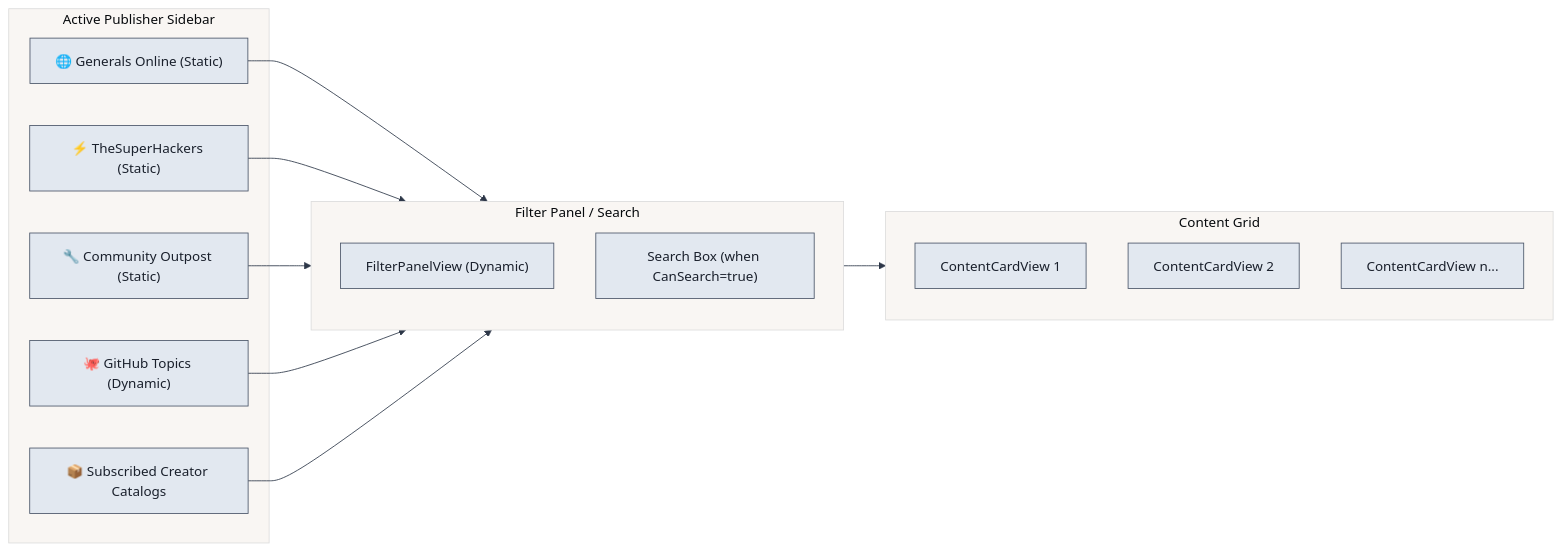
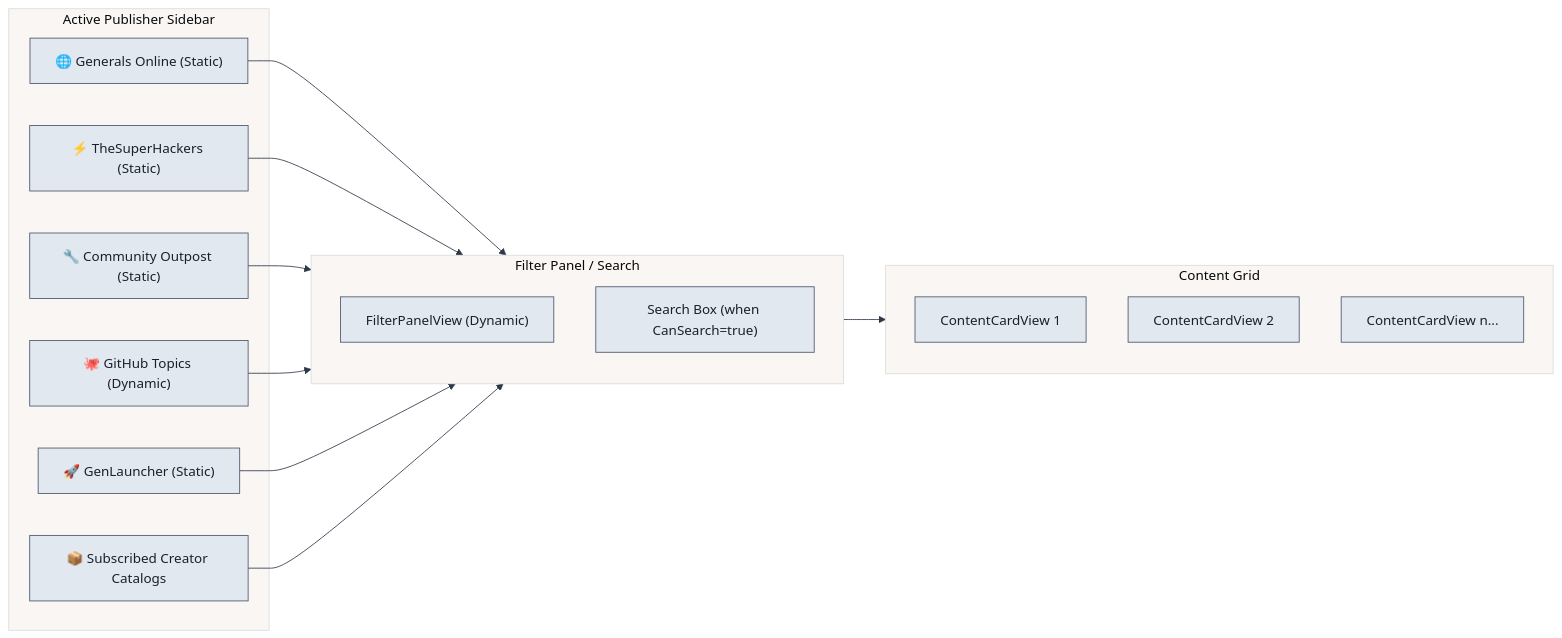
One commit to community-outpost/GenHub changed the fourth of 9 diagrams in docs/FlowCharts/Downloads-Flow.md. Above: the diagram before and after it, drawn with Mermaid. The commit also changed other lines of this file and 58 other files, not shown here.

Commit message:
feat(content): add GenLauncher publisher provider (closes #491) (#493)

````diff
--- a/docs/FlowCharts/Downloads-Flow.md
+++ b/docs/FlowCharts/Downloads-Flow.md
@@ -218,35 +218,36 @@
 ```mermaid
 %%{init: {
   'theme': 'base',
   'themeVariables': {
     'primaryColor': '#e2e8f0',
     'primaryTextColor': '#1a202c',
     'primaryBorderColor': '#4a5568',
     'lineColor': '#2d3748',
     'background': '#ffffff'
   }
 }}%%
 
 flowchart LR
     subgraph Sidebar["Active Publisher Sidebar"]
         P1["🌐 Generals Online (Static)"]
         P2["⚡ TheSuperHackers (Static)"]
         P3["🔧 Community Outpost (Static)"]
         P4["🐙 GitHub Topics (Dynamic)"]
-        P5["📦 Subscribed Creator Catalogs"]
+        P5["🚀 GenLauncher (Static)"]
+        P6["📦 Subscribed Creator Catalogs"]
     end
 
     subgraph Filter["Filter Panel / Search"]
         F1["FilterPanelView (Dynamic)"]
         F2["Search Box (when CanSearch=true)"]
     end
 
     subgraph Grid["Content Grid"]
         G1["ContentCardView 1"]
         G2["ContentCardView 2"]
         G3["ContentCardView n..."]
     end
 
-    P1 & P2 & P3 & P4 & P5 --> Filter
+    P1 & P2 & P3 & P4 & P5 & P6 --> Filter
     Filter --> Grid
 ```
````
